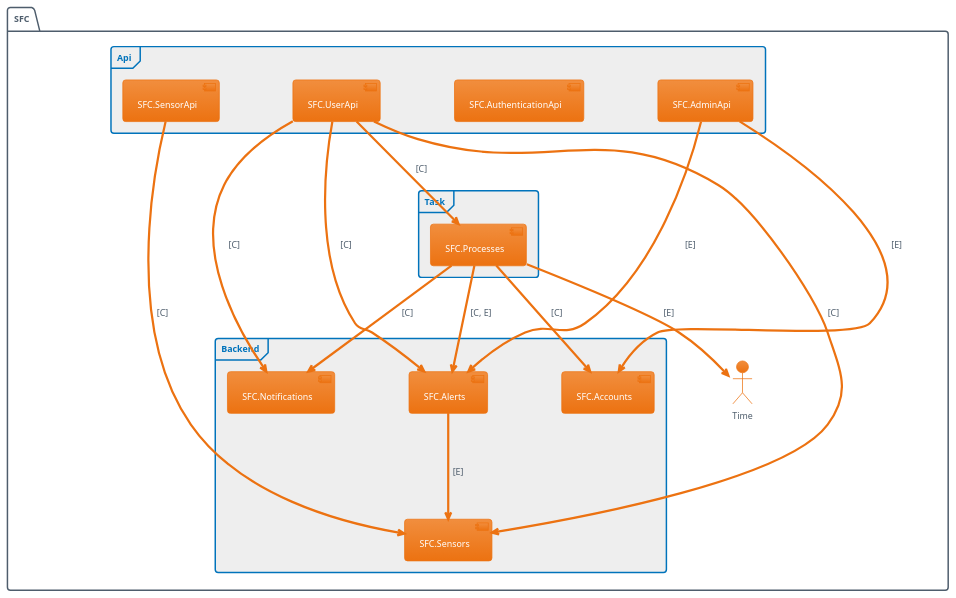
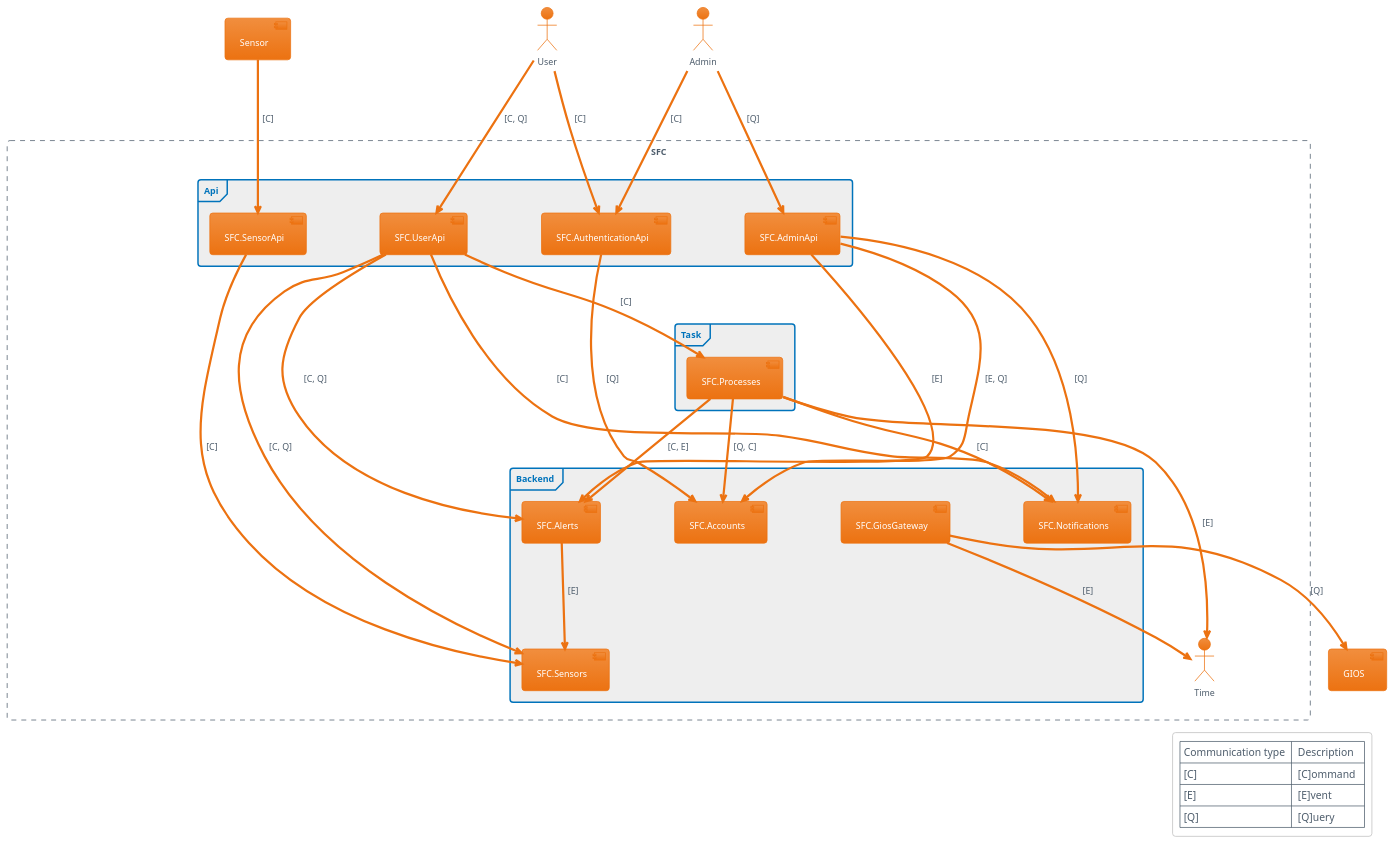
Before and after one commit to mr0zek/SmogFightClub: the diagram in docs/ArchitectureDocumentation/ComponentDiagram.puml, drawn with PlantUML. The commit also changed 140 other files, not shown here.

Commit message:
sequence diagrams generation

```diff
--- a/docs/ArchitectureDocumentation/ComponentDiagram.puml
+++ b/docs/ArchitectureDocumentation/ComponentDiagram.puml
@@ -2,36 +2,58 @@
 @startuml
 !theme aws-orange
 
 skinparam ranksep 100
 skinparam nodesep 100
-
-package SFC {
+:Admin:
+:User:
+[GIOS]
+[Sensor]
+rectangle SFC #line.dashed {
 frame Backend {
 [SFC.Accounts]
 [SFC.Alerts]
+[SFC.GiosGateway]
 [SFC.Notifications]
 [SFC.Sensors]
 }
 frame Api {
 [SFC.AdminApi]
 [SFC.AuthenticationApi]
 [SFC.SensorApi]
 [SFC.UserApi]
 }
 frame Task {
 [SFC.Processes]
 }
 :Time:
-[SFC.AdminApi] --> [SFC.Accounts] : [E]
-[SFC.AdminApi] --> [SFC.Alerts] : [E]
-[SFC.Alerts] --> [SFC.Sensors] : [E]
-[SFC.Processes] --> [SFC.Notifications] : [C]
-[SFC.Processes] --> [SFC.Accounts] : [C]
-[SFC.Processes] --> [SFC.Alerts] : [C, E]
-[SFC.Processes] --> [Time] : [E]
-[SFC.SensorApi] --> [SFC.Sensors] : [C]
-[SFC.UserApi] --> [SFC.Notifications] : [C]
-[SFC.UserApi] --> [SFC.Sensors] : [C]
-[SFC.UserApi] --> [SFC.Alerts] : [C]
-[SFC.UserApi] --> [SFC.Processes] : [C]
+[Admin] -d-> [SFC.AdminApi] : [Q]
+[Admin] -d-> [SFC.AuthenticationApi] : [C]
+[SFC.AdminApi] -d-> [SFC.Notifications] : [Q]
+[SFC.AdminApi] -d-> [SFC.Accounts] : [E, Q]
+[SFC.AdminApi] -d-> [SFC.Alerts] : [E]
+[SFC.Alerts] -d-> [SFC.Sensors] : [E]
+[User] -d-> [SFC.AuthenticationApi] : [C]
+[User] -d-> [SFC.UserApi] : [C, Q]
+[SFC.AuthenticationApi] -d-> [SFC.Accounts] : [Q]
+[SFC.GiosGateway] -d-> [Time] : [E]
+[SFC.GiosGateway] -d-> [GIOS] : [Q]
+[SFC.Processes] -d-> [SFC.Accounts] : [Q, C]
+[SFC.Processes] -d-> [SFC.Notifications] : [C]
+[SFC.Processes] -d-> [SFC.Alerts] : [C, E]
+[SFC.Processes] -d-> [Time] : [E]
+[Sensor] -d-> [SFC.SensorApi] : [C]
+[SFC.SensorApi] -d-> [SFC.Sensors] : [C]
+[SFC.UserApi] -d-> [SFC.Notifications] : [C]
+[SFC.UserApi] -d-> [SFC.Sensors] : [C, Q]
+[SFC.UserApi] -d-> [SFC.Alerts] : [C, Q]
+[SFC.UserApi] -d-> [SFC.Processes] : [C]
+
+
+legend right
+    |Communication type | Description|
+    |[C]                | [C]ommand  |
+    |[E]                | [E]vent    |
+    |[Q]                | [Q]uery    |
+endlegend
+
 @enduml
```
